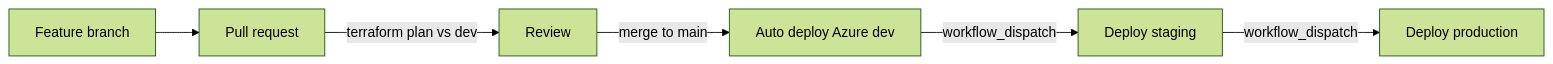
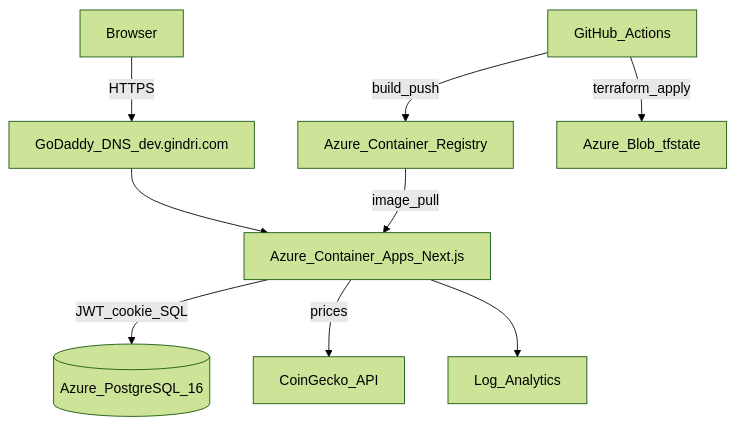
Before and after one commit to gindriliunas/crypto-trading: the first of 2 diagrams in README.md, drawn with Mermaid (forest theme). The commit also changed other lines of this file and 6 other files, not shown here.

First line of the commit message:
Showcase Azure DevSecOps with Checkov, tfsec, ZAP, and SARIF.

````diff
--- a/README.md
+++ b/README.md
@@ -23,8 +14,11 @@
 ```mermaid
-flowchart LR
-  feature[Feature branch] --> pr[Pull request]
-  pr -->|terraform plan vs dev| review[Review]
-  review -->|merge to main| dev[Auto deploy Azure dev]
-  dev -->|workflow_dispatch| staging[Deploy staging]
-  staging -->|workflow_dispatch| prod[Deploy production]
+flowchart TD
+  User[Browser] -->|HTTPS| DNS[GoDaddy_DNS_dev.gindri.com]
+  DNS --> App[Azure_Container_Apps_Next.js]
+  App -->|JWT_cookie_SQL| DB[(Azure_PostgreSQL_16)]
+  App -->|prices| CG[CoinGecko_API]
+  GH[GitHub_Actions] -->|build_push| ACR[Azure_Container_Registry]
+  ACR -->|image_pull| App
+  GH -->|terraform_apply| State[Azure_Blob_tfstate]
+  App --> Logs[Log_Analytics]
 ```
````
